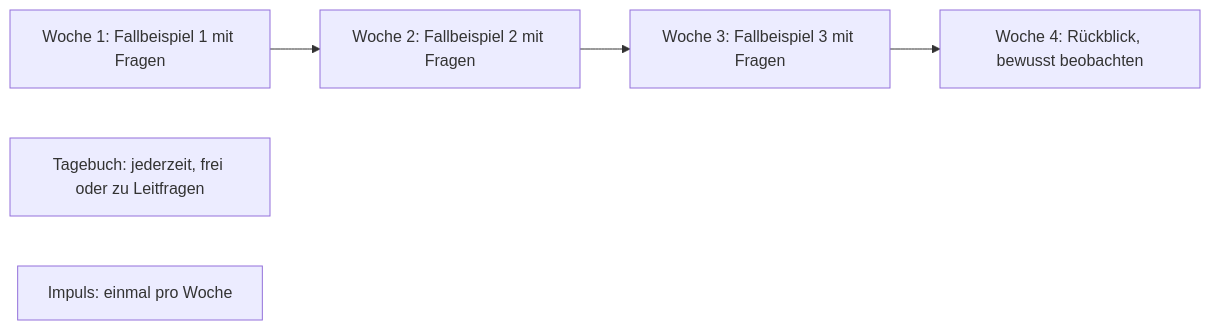
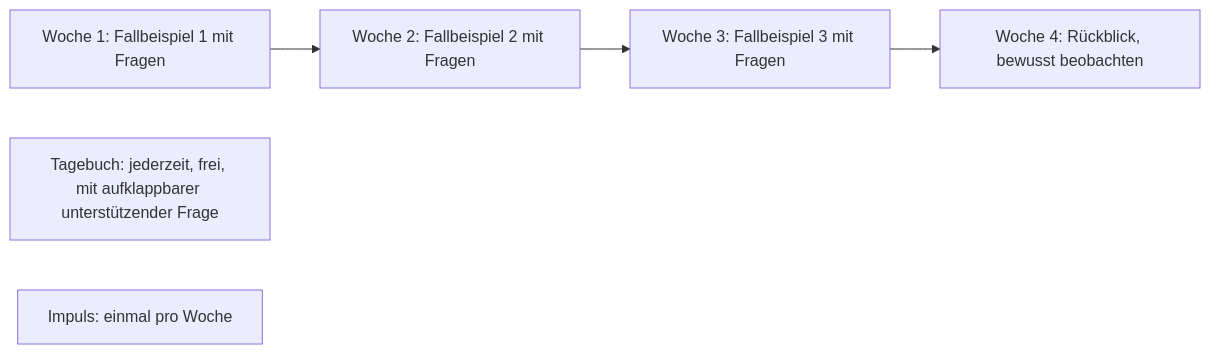
One commit to konstantinniedermann/reflexionsinstrument changed the diagram in docs/anforderungen.md. Above: the diagram before and after it, drawn with Mermaid. The commit also changed other lines of this file and 2 other files, not shown here.

First line of the commit message:
docs: Zusatzinfo, unterstützende Frage und Blocksatz in Anforderungen und README

````diff
--- a/docs/anforderungen.md
+++ b/docs/anforderungen.md
@@ -38,8 +38,8 @@
 ```mermaid
 flowchart LR
     W1[Woche 1: Fallbeispiel 1 mit Fragen] --> W2[Woche 2: Fallbeispiel 2 mit Fragen]
     W2 --> W3[Woche 3: Fallbeispiel 3 mit Fragen]
     W3 --> W4[Woche 4: Rückblick, bewusst beobachten]
-    T[Tagebuch: jederzeit, frei oder zu Leitfragen]
+    T[Tagebuch: jederzeit, frei, mit aufklappbarer unterstützender Frage]
     I[Impuls: einmal pro Woche]
 ```
````
